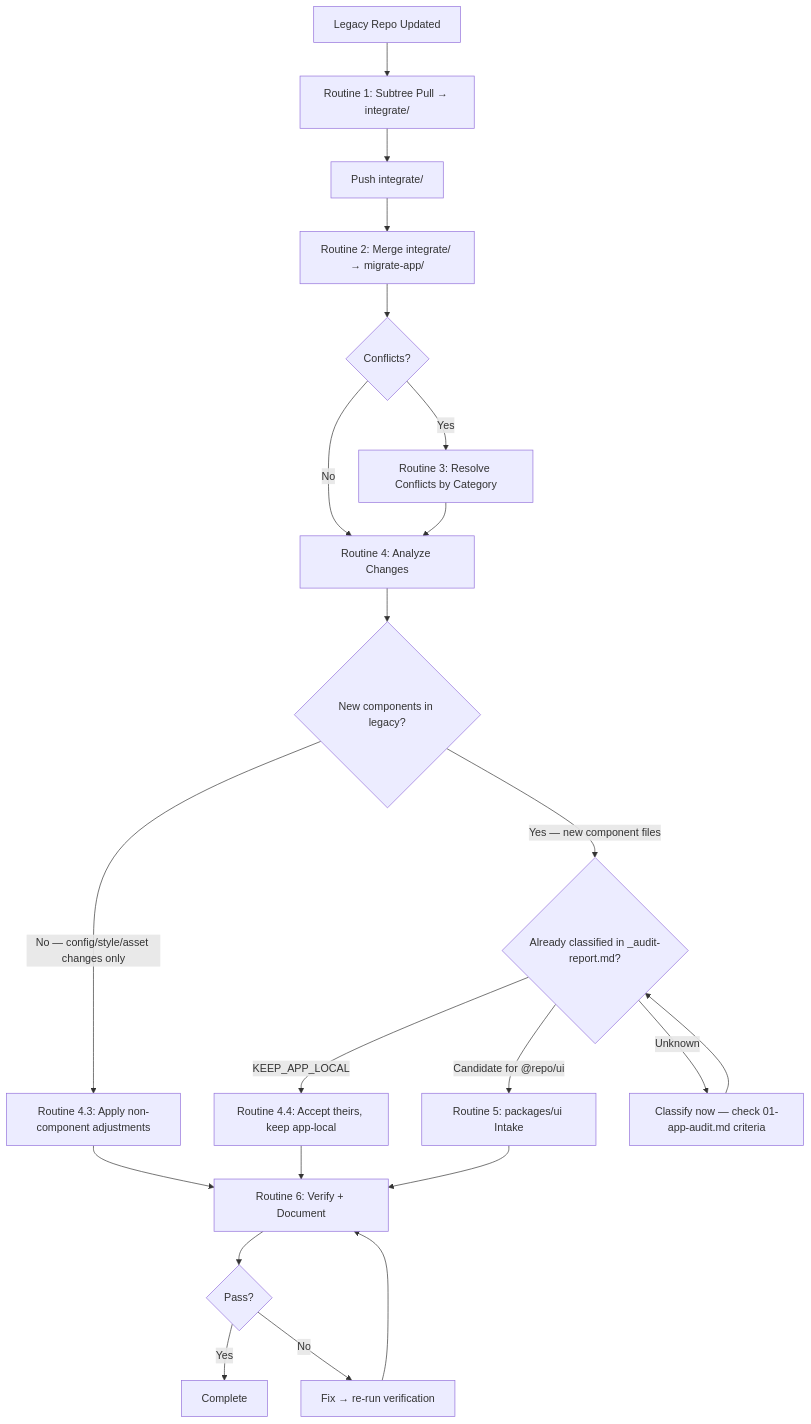
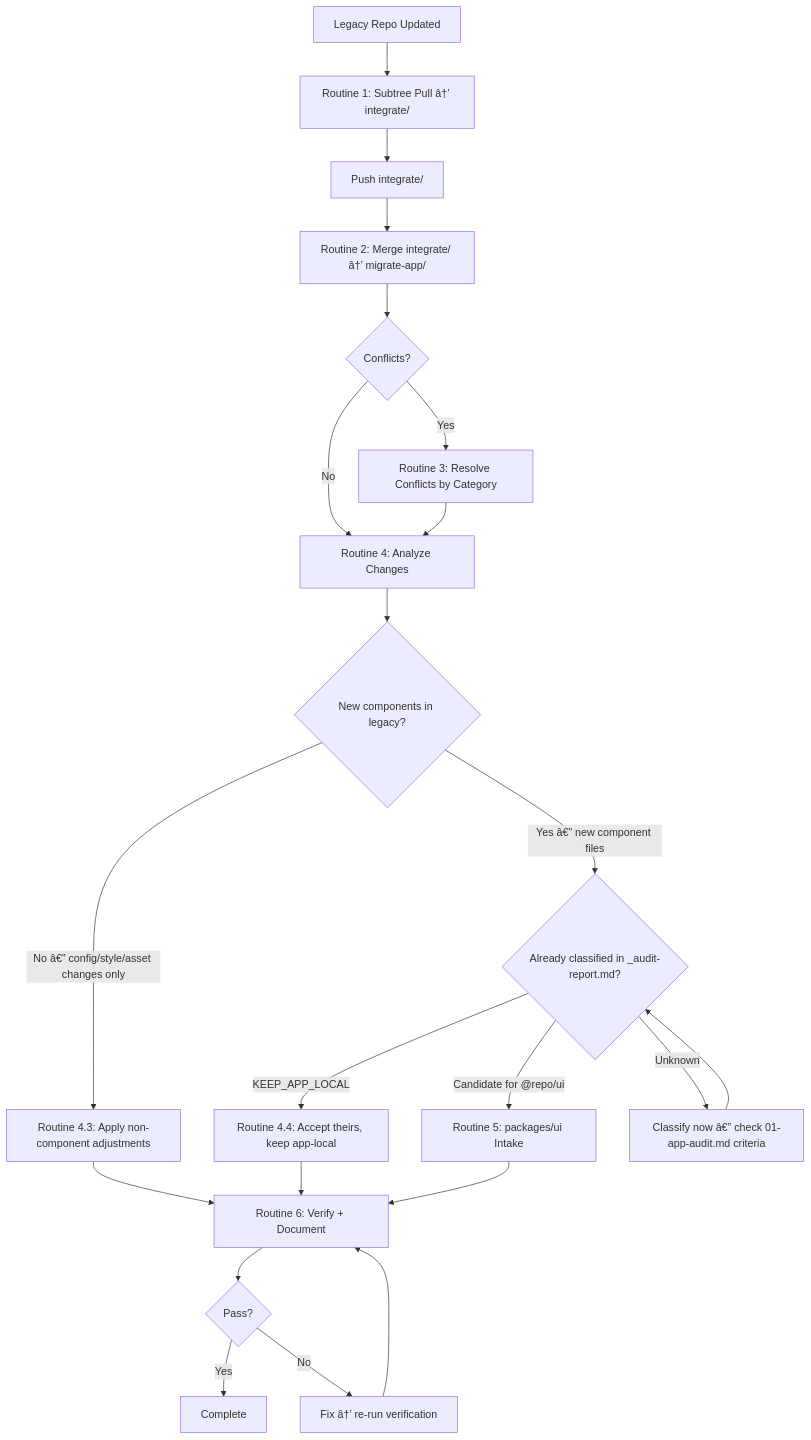
The diagram in apps/admin-portal/docs/migration/component/legacy-update-routines.md (mahardikakdenie/.agent-skills), drawn with Mermaid before and after one commit. The commit also changed other lines of this file and 14 other files, not shown here.

````diff
--- a/apps/admin-portal/docs/migration/component/legacy-update-routines.md
+++ b/apps/admin-portal/docs/migration/component/legacy-update-routines.md
@@ -58,24 +58,24 @@
 ```mermaid
 flowchart TD
-    A[Legacy Repo Updated] --> B[Routine 1: Subtree Pull → integrate/<APP_NAME>]
+    A[Legacy Repo Updated] --> B[Routine 1: Subtree Pull â†’ integrate/<APP_NAME>]
     B --> C[Push integrate/<APP_NAME>]
-    C --> D[Routine 2: Merge integrate/<APP_NAME> → migrate-app/<APP_NAME>]
+    C --> D[Routine 2: Merge integrate/<APP_NAME> â†’ migrate-app/<APP_NAME>]
     D --> E{Conflicts?}
     E -->|No| F[Routine 4: Analyze Changes]
     E -->|Yes| G[Routine 3: Resolve Conflicts by Category]
     G --> F
     F --> H{New components in legacy?}
-    H -->|No — config/style/asset changes only| I[Routine 4.3: Apply non-component adjustments]
-    H -->|Yes — new component files| J{Already classified in _audit-report.md?}
+    H -->|No â€” config/style/asset changes only| I[Routine 4.3: Apply non-component adjustments]
+    H -->|Yes â€” new component files| J{Already classified in _audit-report.md?}
     J -->|KEEP_APP_LOCAL| K[Routine 4.4: Accept theirs, keep app-local]
     J -->|Candidate for @repo/ui| L[Routine 5: packages/ui Intake]
-    J -->|Unknown| M[Classify now — check 01-app-audit.md criteria]
+    J -->|Unknown| M[Classify now â€” check 01-app-audit.md criteria]
     M --> J
     I --> N[Routine 6: Verify + Document]
     K --> N
     L --> N
     N --> O{Pass?}
     O -->|Yes| P[Complete]
-    O -->|No| Q[Fix → re-run verification]
+    O -->|No| Q[Fix â†’ re-run verification]
     Q --> N
 ```
````
